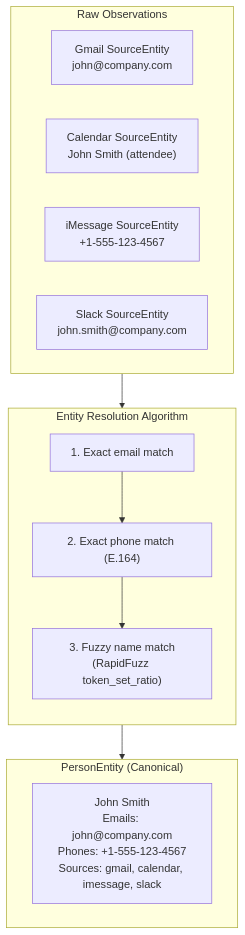
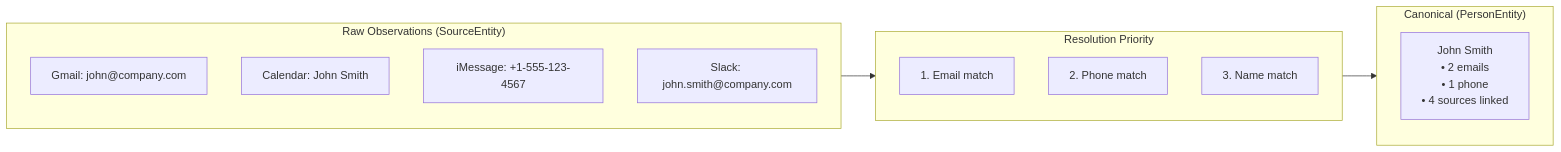
Before and after one commit to nbramia/LifeOS: the second of 6 diagrams in README.md, drawn with Mermaid. The commit also changed other lines of this file, not shown here.

First line of the commit message:
Improve README diagrams: horizontal layout + local vs API labels

````diff
--- a/README.md
+++ b/README.md
@@ -122,24 +118,23 @@
 ```mermaid
-flowchart TB
-    subgraph Sources["Raw Observations"]
-        GS["Gmail SourceEntity\njohn@company.com"]
-        CS["Calendar SourceEntity\nJohn Smith (attendee)"]
-        IS["iMessage SourceEntity\n+1-555-123-4567"]
-        SS["Slack SourceEntity\njohn.smith@company.com"]
+flowchart LR
+    subgraph Sources["Raw Observations (SourceEntity)"]
+        direction TB
+        GS["Gmail: john@company.com"]
+        CS["Calendar: John Smith"]
+        IS["iMessage: +1-555-123-4567"]
+        SS["Slack: john.smith@company.com"]
     end
 
-    subgraph Resolution["Entity Resolution Algorithm"]
+    subgraph Resolution["Resolution Priority"]
         direction TB
-        E1["1. Exact email match"]
-        E2["2. Exact phone match (E.164)"]
-        E3["3. Fuzzy name match\n(RapidFuzz token_set_ratio)"]
-        E1 --> E2 --> E3
+        E1["1. Email match"]
+        E2["2. Phone match"]
+        E3["3. Name match"]
     end
 
-    subgraph Canonical["PersonEntity (Canonical)"]
-        PE["John Smith\nEmails: john@company.com\nPhones: +1-555-123-4567\nSources: gmail, calendar, imessage, slack"]
+    subgraph Canonical["Canonical (PersonEntity)"]
+        PE["John Smith\n• 2 emails\n• 1 phone\n• 4 sources linked"]
     end
 
-    Sources --> Resolution
-    Resolution --> Canonical
+    Sources --> Resolution --> Canonical
 ```
````
